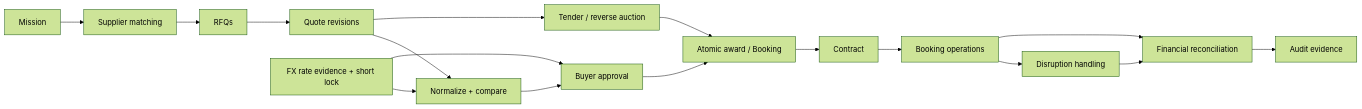
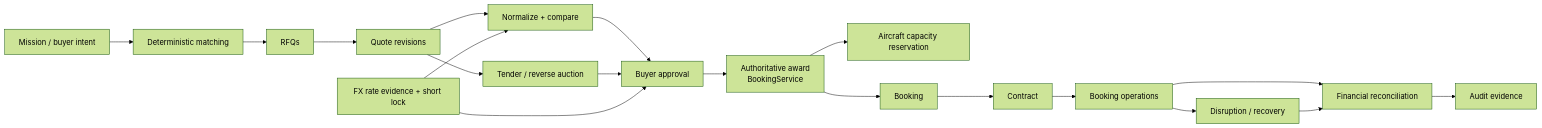
One commit to SaridakisStamatisChristos/CharterOS changed the second of 2 diagrams in README.md. Above: the diagram before and after it, drawn with Mermaid (forest theme). The commit also changed other lines of this file and 13 other files, not shown here.

Commit message:
docs: present CharterOS as an evergreen operating platform

````diff
--- a/README.md
+++ b/README.md
@@ -129,24 +90,21 @@
 ```mermaid
 flowchart LR
-    M[Mission] --> S[Supplier matching]
-    S --> R[RFQs]
-    R --> Q[Quote revisions]
-    Q --> C[Normalize + compare]
-
-    C --> A[Buyer approval]
-    A --> B[Atomic award / Booking]
-
+    M[Mission / buyer intent] --> MATCH[Deterministic matching]
+    MATCH --> RFQ[RFQs]
+    RFQ --> Q[Quote revisions]
+    Q --> CMP[Normalize + compare]
     Q --> T[Tender / reverse auction]
-    T --> B
-
-    B --> K[Contract]
-    K --> O[Booking operations]
-    O --> D[Disruption handling]
-    O --> F[Financial reconciliation]
-
-    D --> F
-    F --> E[Audit evidence]
-
-    FX[FX rate evidence + short lock] --> C
-    FX --> A
+    CMP --> APPROVAL[Buyer approval]
+    T --> APPROVAL
+    APPROVAL --> AWARD[Authoritative award\nBookingService]
+    AWARD --> CAP[Aircraft capacity reservation]
+    AWARD --> BOOK[Booking]
+    BOOK --> CONTRACT[Contract]
+    CONTRACT --> OPS[Booking operations]
+    OPS --> DISRUPT[Disruption / recovery]
+    OPS --> RECON[Financial reconciliation]
+    DISRUPT --> RECON
+    RECON --> EVIDENCE[Audit evidence]
+    FX[FX rate evidence + short lock] --> CMP
+    FX --> APPROVAL
 ```
````
